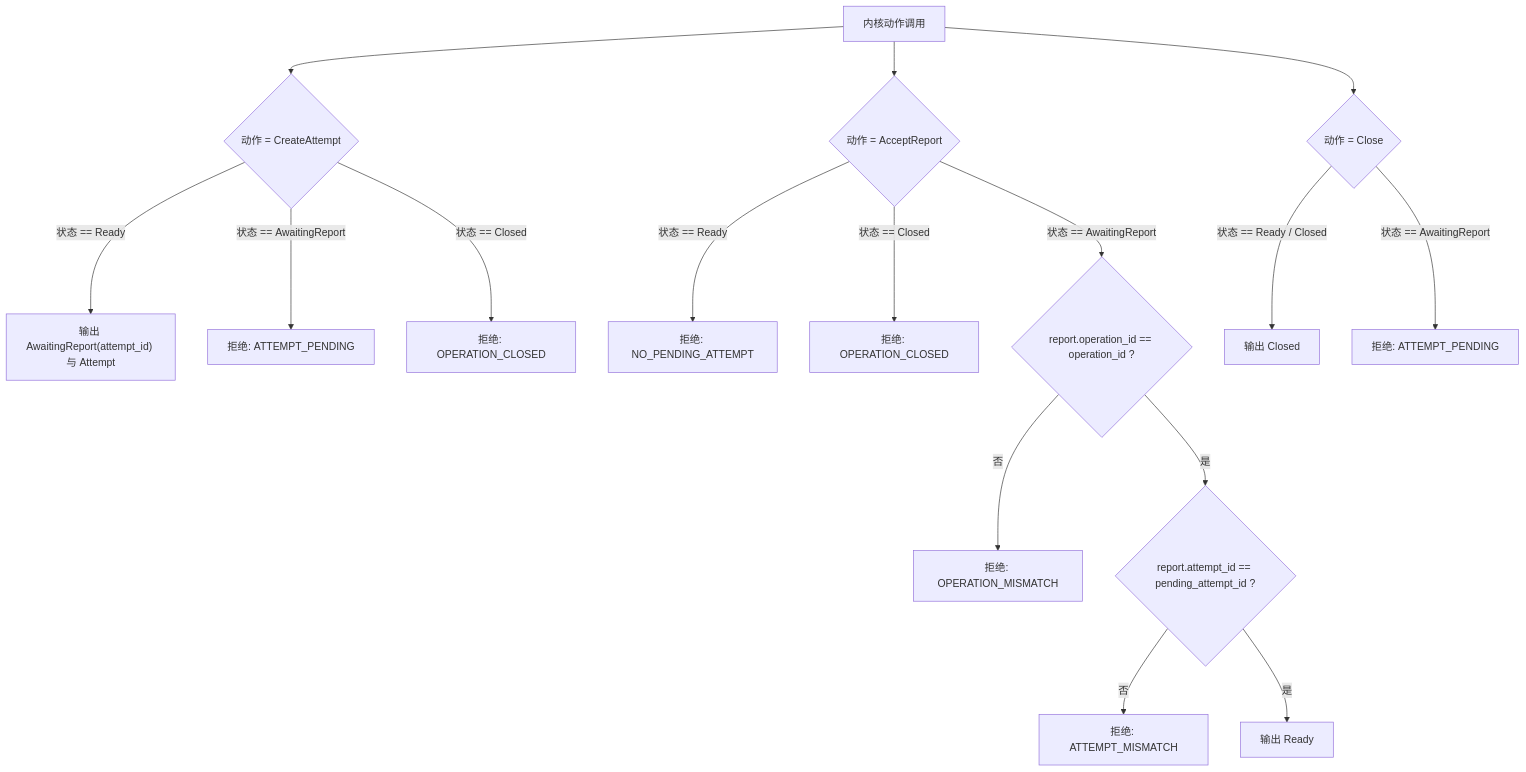
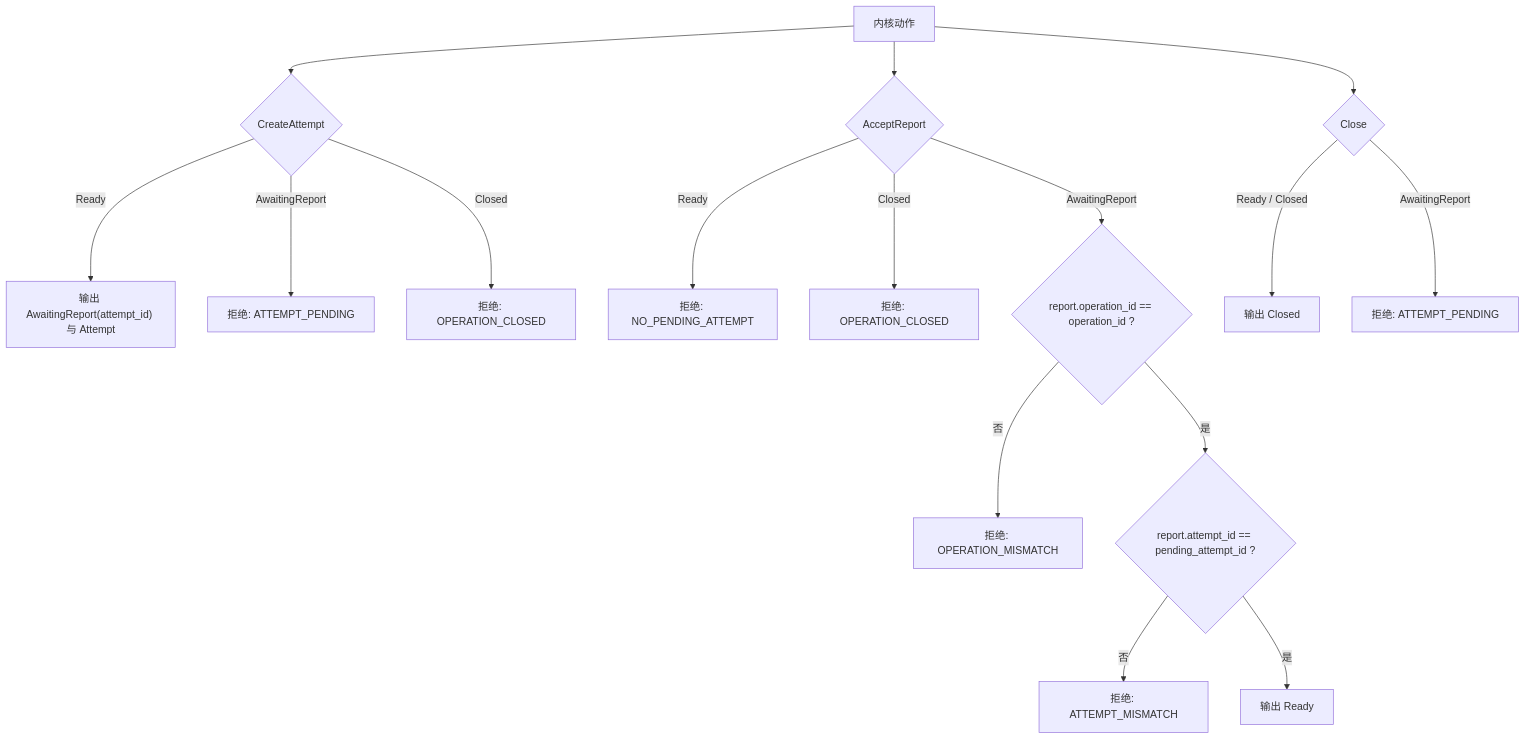
One commit to Everfold/Beamlet changed the second of 2 diagrams in spec/02-kernel.md. Above: the diagram before and after it, drawn with Mermaid. The commit also changed other lines of this file and 8 other files, not shown here.

````diff
--- a/spec/02-kernel.md
+++ b/spec/02-kernel.md
@@ -33,21 +23,21 @@
 ```mermaid
 flowchart TD
-    Action["内核动作调用"] --> CheckCreate{"动作 = CreateAttempt"}
-    Action --> CheckAccept{"动作 = AcceptReport"}
-    Action --> CheckClose{"动作 = Close"}
+    Action["内核动作"] --> CheckCreate{"CreateAttempt"}
+    Action --> CheckAccept{"AcceptReport"}
+    Action --> CheckClose{"Close"}
 
-    CheckCreate -->|"状态 == Ready"| C_OK["输出 AwaitingReport(attempt_id) 与 Attempt"]
-    CheckCreate -->|"状态 == AwaitingReport"| C_E1["拒绝: ATTEMPT_PENDING"]
-    CheckCreate -->|"状态 == Closed"| C_E2["拒绝: OPERATION_CLOSED"]
+    CheckCreate -->|"Ready"| C_OK["输出 AwaitingReport(attempt_id) 与 Attempt"]
+    CheckCreate -->|"AwaitingReport"| C_E1["拒绝: ATTEMPT_PENDING"]
+    CheckCreate -->|"Closed"| C_E2["拒绝: OPERATION_CLOSED"]
 
-    CheckAccept -->|"状态 == Ready"| A_E1["拒绝: NO_PENDING_ATTEMPT"]
-    CheckAccept -->|"状态 == Closed"| A_E2["拒绝: OPERATION_CLOSED"]
-    CheckAccept -->|"状态 == AwaitingReport"| A_CheckOp{"report.operation_id == operation_id ?"}
+    CheckAccept -->|"Ready"| A_E1["拒绝: NO_PENDING_ATTEMPT"]
+    CheckAccept -->|"Closed"| A_E2["拒绝: OPERATION_CLOSED"]
+    CheckAccept -->|"AwaitingReport"| A_CheckOp{"report.operation_id == operation_id ?"}
     A_CheckOp -->|"否"| A_E3["拒绝: OPERATION_MISMATCH"]
     A_CheckOp -->|"是"| A_CheckAtt{"report.attempt_id == pending_attempt_id ?"}
     A_CheckAtt -->|"否"| A_E4["拒绝: ATTEMPT_MISMATCH"]
     A_CheckAtt -->|"是"| A_OK["输出 Ready"]
 
-    CheckClose -->|"状态 == Ready / Closed"| Cl_OK["输出 Closed"]
-    CheckClose -->|"状态 == AwaitingReport"| Cl_E1["拒绝: ATTEMPT_PENDING"]
+    CheckClose -->|"Ready / Closed"| Cl_OK["输出 Closed"]
+    CheckClose -->|"AwaitingReport"| Cl_E1["拒绝: ATTEMPT_PENDING"]
 ```
````
